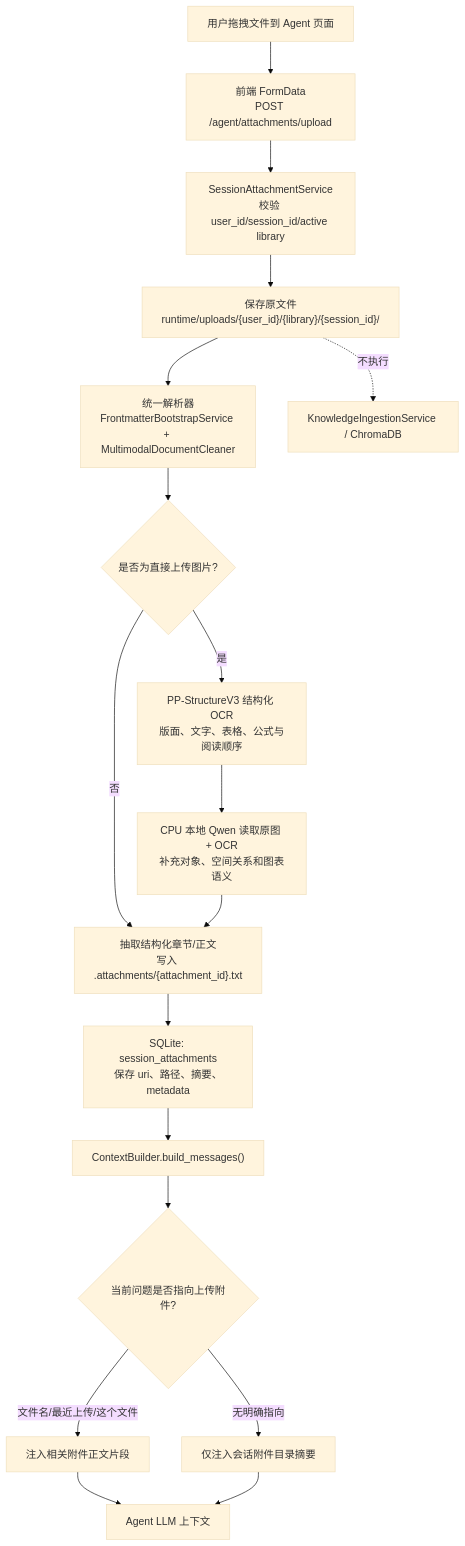
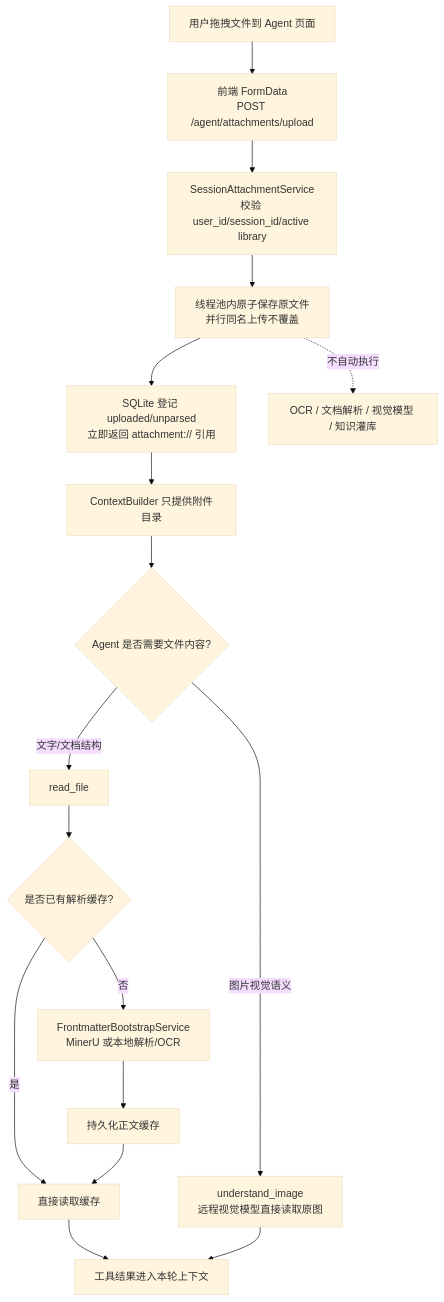
Diagram 22 of 25 in docs/WORKFLOW.md (xiao-Huahuo/MetaWeave), drawn with Mermaid (base theme) before and after one commit. The commit also changed other lines of this file and 131 other files, not shown here.

````diff
--- a/docs/WORKFLOW.md
+++ b/docs/WORKFLOW.md
@@ -559,20 +559,19 @@
 ```mermaid
 flowchart TD
     A["用户拖拽文件到 Agent 页面"] --> B["前端 FormData<br/>POST /agent/attachments/upload"]
     B --> C["SessionAttachmentService<br/>校验 user_id/session_id/active library"]
-    C --> D["保存原文件<br/>runtime/uploads/{user_id}/{library}/{session_id}/"]
-    D --> E["统一解析器<br/>FrontmatterBootstrapService + MultimodalDocumentCleaner"]
-    E --> E1{"是否为直接上传图片?"}
-    E1 -->|"否"| F["抽取结构化章节/正文<br/>写入 .attachments/{attachment_id}.txt"]
-    E1 -->|"是"| V1["PP-StructureV3 结构化 OCR<br/>版面、文字、表格、公式与阅读顺序"]
-    V1 --> V2["CPU 本地 Qwen 读取原图 + OCR<br/>补充对象、空间关系和图表语义"]
-    V2 --> F
-    F --> G["SQLite: session_attachments<br/>保存 uri、路径、摘要、metadata"]
-    G --> H["ContextBuilder.build_messages()"]
-    H --> I{"当前问题是否指向上传附件?"}
-    I -->|"文件名/最近上传/这个文件"| J["注入相关附件正文片段"]
-    I -->|"无明确指向"| K["仅注入会话附件目录摘要"]
-    J --> L["Agent LLM 上下文"]
-    K --> L
-    D -. "不执行" .-> M["KnowledgeIngestionService / ChromaDB"]
+    C --> D["线程池内原子保存原文件<br/>并行同名上传不覆盖"]
+    D --> E["SQLite 登记 uploaded/unparsed<br/>立即返回 attachment:// 引用"]
+    E --> F["ContextBuilder 只提供附件目录"]
+    F --> G{"Agent 是否需要文件内容?"}
+    G -->|"文字/文档结构"| H["read_file"]
+    H --> I{"是否已有解析缓存?"}
+    I -->|"是"| J["直接读取缓存"]
+    I -->|"否"| K["FrontmatterBootstrapService<br/>MinerU 或本地解析/OCR"]
+    K --> L["持久化正文缓存"]
+    L --> J
+    G -->|"图片视觉语义"| V["understand_image<br/>远程视觉模型直接读取原图"]
+    J --> M["工具结果进入本轮上下文"]
+    V --> M
+    D -. "不自动执行" .-> N["OCR / 文档解析 / 视觉模型 / 知识灌库"]
 ```
````
